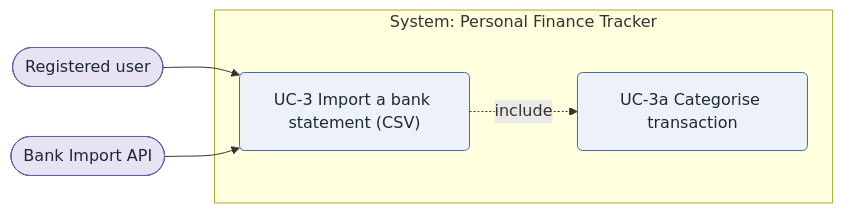
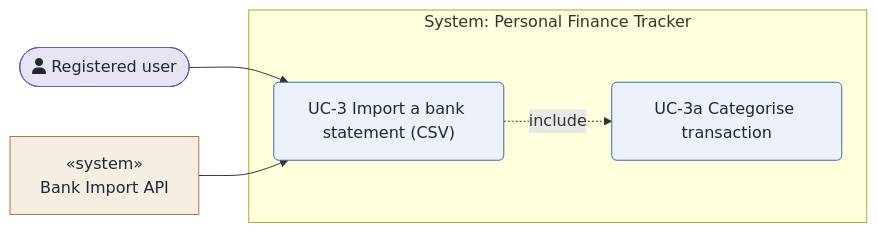
The diagram in examples/personal-finance-tracker-mermaid/drivers/use-cases/UC-3.md (rtym/sei-architecture-methodology), drawn with Mermaid before and after one commit. The commit also changed 40 other files, not shown here.

````diff
--- a/examples/personal-finance-tracker-mermaid/drivers/use-cases/UC-3.md
+++ b/examples/personal-finance-tracker-mermaid/drivers/use-cases/UC-3.md
@@ -39,17 +39,19 @@
 ```mermaid
 flowchart LR
   %% Use case diagram — UC-3 Import a bank statement (CSV)
-  pa(["Registered user"])
-  bank(["Bank Import API"])
+  pa(["fa:fa-user Registered user"])
+  bank["&laquo;system&raquo;<br/>Bank Import API"]
   subgraph sys["System: Personal Finance Tracker"]
     uc3("UC-3 Import a bank statement (CSV)")
     uc3a("UC-3a Categorise transaction")
   end
   pa --> uc3
   bank --> uc3
   uc3 -. include .-> uc3a
   classDef source   fill:#E7E3F3,stroke:#6B5BA6,color:#1F2933;
+  classDef external fill:#F5EEE3,stroke:#B07D3B,color:#1F2933;
   classDef artifact fill:#EDF2F8,stroke:#3E6DA5,color:#1F2933;
-  class pa,bank source
+  class pa source
+  class bank external
   class uc3,uc3a artifact
 ```
````
